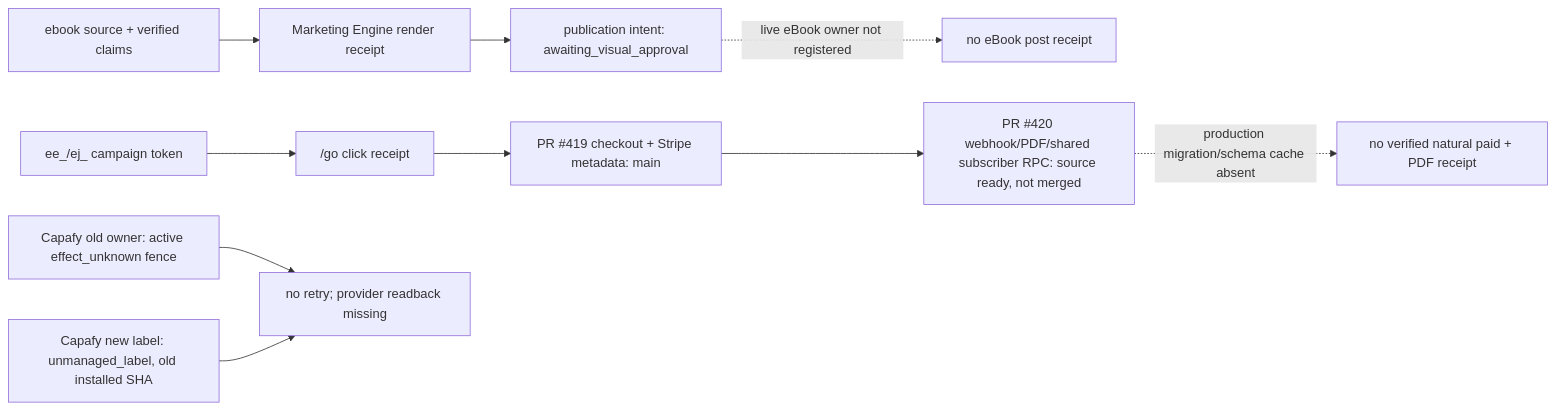
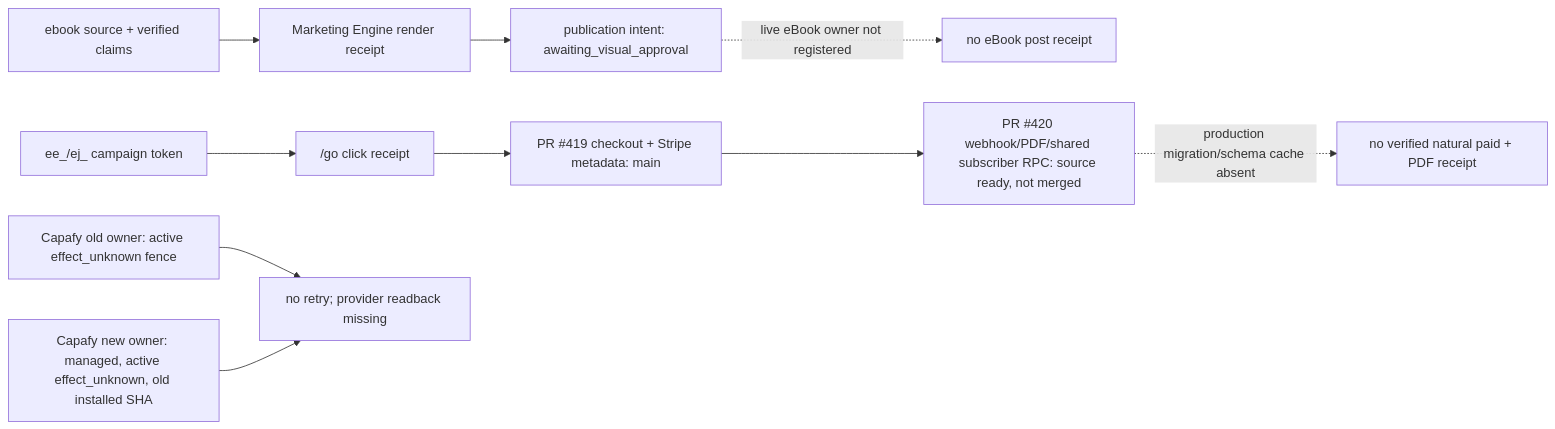
One commit to Daisuke134/life-manager changed the first of 3 diagrams in docs/superpowers/specs/2026-10-05-ebook-revenue-loop-design.md. Above: the diagram before and after it, drawn with Mermaid. The commit also changed other lines of this file and 3 other files, not shown here.

```diff
--- a/docs/superpowers/specs/2026-10-05-ebook-revenue-loop-design.md
+++ b/docs/superpowers/specs/2026-10-05-ebook-revenue-loop-design.md
@@ -49,12 +49,12 @@
 ~~~mermaid
 flowchart LR
   CONTENT["ebook source + verified claims"] --> ENGINE["Marketing Engine render receipt"]
   ENGINE --> INTENT["publication intent: awaiting_visual_approval"]
   INTENT -. "live eBook owner not registered" .-> STOP["no eBook post receipt"]
   TOKEN["ee_/ej_ campaign token"] --> GO["/go click receipt"]
   GO --> CHECKOUT["PR #419 checkout + Stripe metadata: main"]
   CHECKOUT --> WH["PR #420 webhook/PDF/shared subscriber RPC: source ready, not merged"]
   WH -. "production migration/schema cache absent" .-> NOORDER["no verified natural paid + PDF receipt"]
   OLD["Capafy old owner: active effect_unknown fence"] --> HOLD["no retry; provider readback missing"]
-  NEW["Capafy new label: unmanaged_label, old installed SHA"] --> HOLD
+  NEW["Capafy new owner: managed, active effect_unknown, old installed SHA"] --> HOLD
 ~~~
```
